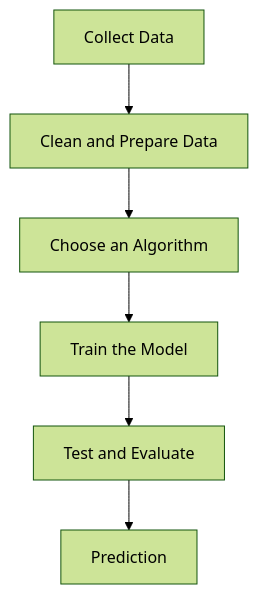
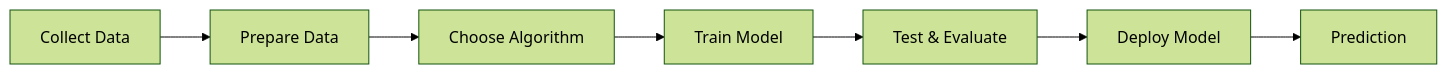
The diagram in docs/01-AI-Fundamentals/03-how-machine-learning-works.md (subramanyamanjegowda/AI-From-Zero-to-Production), drawn with Mermaid (forest theme) before and after one commit. The commit also changed other lines of this file and 2 other files, not shown here.

````diff
--- a/docs/01-AI-Fundamentals/03-how-machine-learning-works.md
+++ b/docs/01-AI-Fundamentals/03-how-machine-learning-works.md
@@ -29,8 +18,9 @@
 ```mermaid
-flowchart TD
-    A[Collect Data] --> B[Clean and Prepare Data]
-    B --> C[Choose an Algorithm]
-    C --> D[Train the Model]
-    D --> E[Test and Evaluate]
-    E --> F[Prediction]
+flowchart LR
+    A[Collect Data] --> B[Prepare Data]
+    B --> C[Choose Algorithm]
+    C --> D[Train Model]
+    D --> E[Test & Evaluate]
+    E --> F[Deploy Model]
+    F --> G[Prediction]
 ```
````
